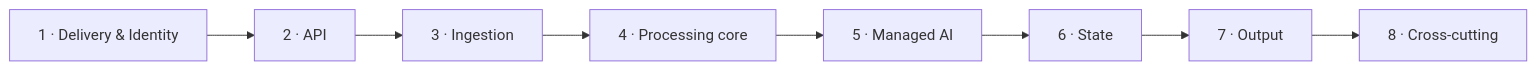
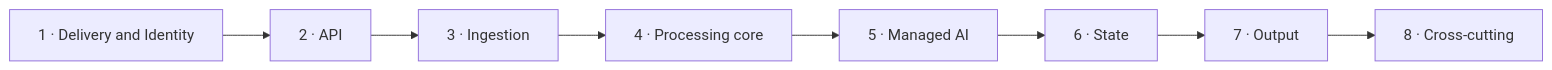
Before and after one commit to Nikorshun/autoexpense: the first of 23 diagrams in docs/AWS-SERVICES.md, drawn with Mermaid. The commit also changed other lines of this file and 3 other files, not shown here.

First line of the commit message:
Make all docs Mermaid diagrams GitHub-safe

````diff
--- a/docs/AWS-SERVICES.md
+++ b/docs/AWS-SERVICES.md
@@ -14,10 +14,10 @@
 ```mermaid
 flowchart LR
-    A["1 · Delivery & Identity"] --> B["2 · API"]
+    A["1 · Delivery and Identity"] --> B["2 · API"]
     B --> C["3 · Ingestion"]
     C --> D["4 · Processing core"]
     D --> E["5 · Managed AI"]
     E --> F["6 · State"]
     F --> G["7 · Output"]
     G --> H["8 · Cross-cutting"]
 ```
````
